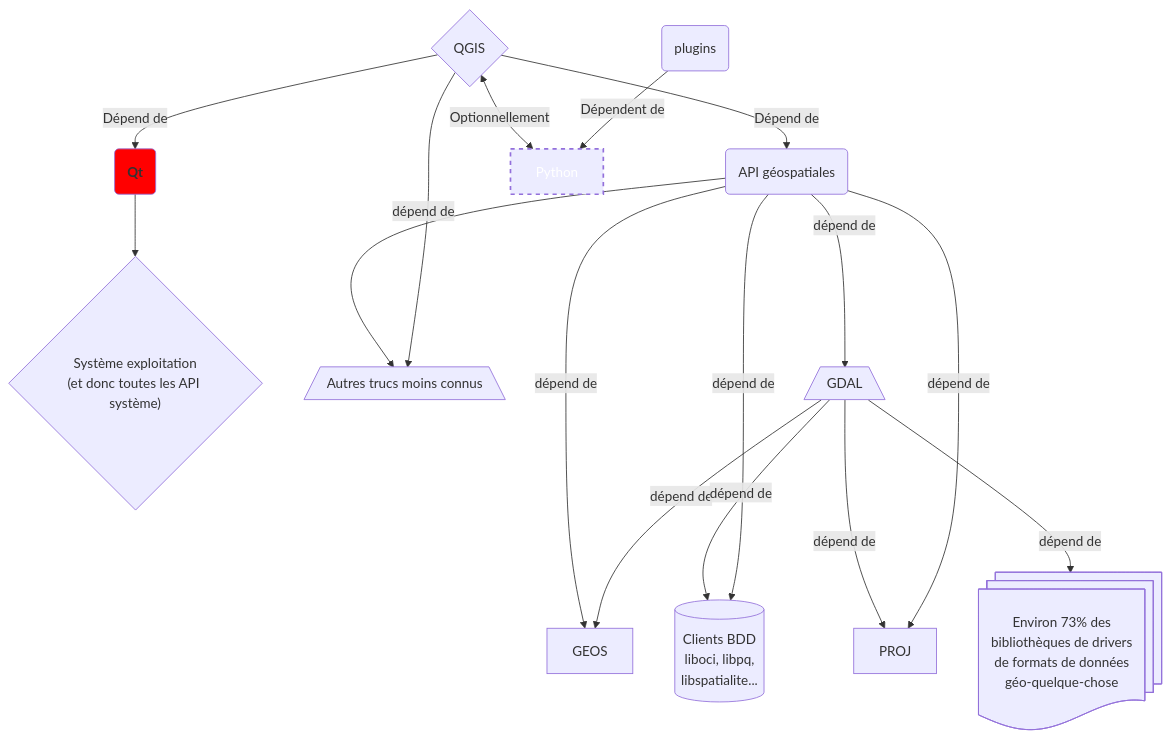
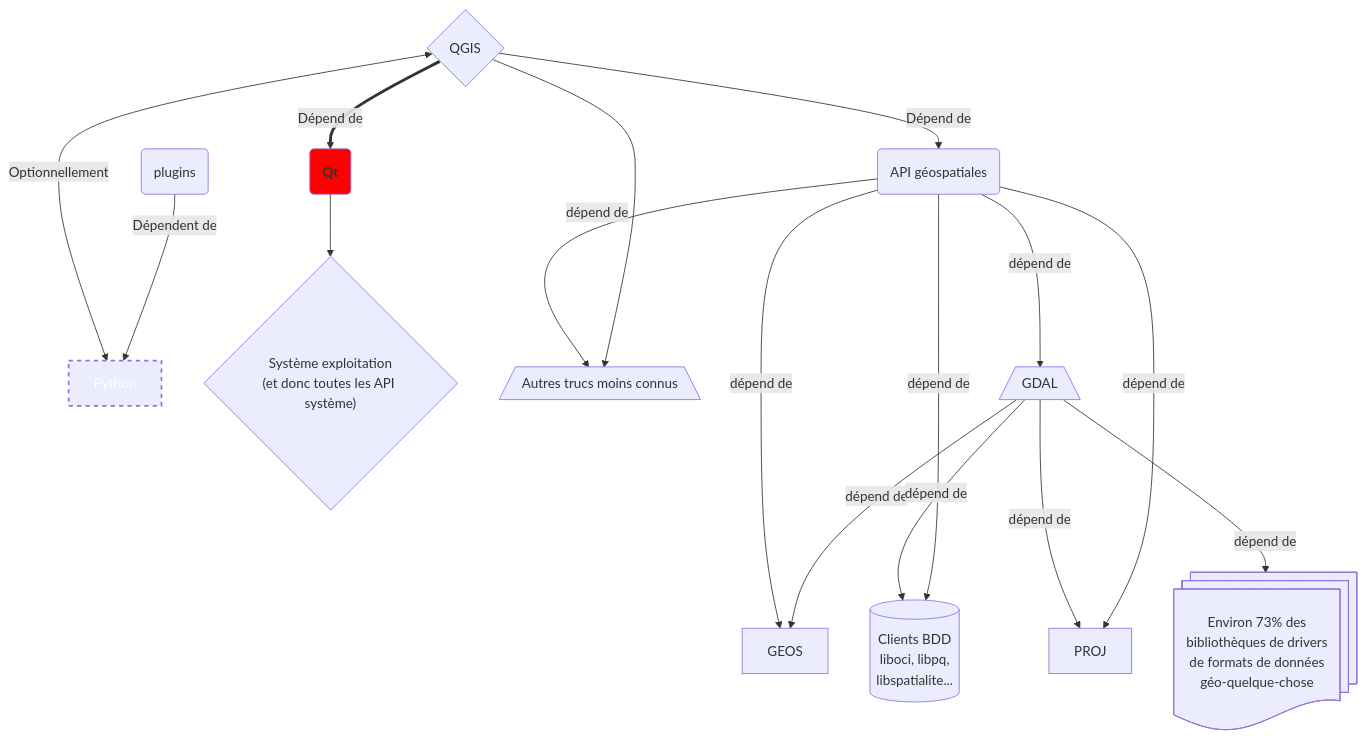
Before and after one commit to geotribu/website: the diagram in content/articles/2024/2024-10-29_tester-qgis-4-futur-sig-open-source.md, drawn with Mermaid.

Commit message:
update(article): ajustement schéma

````diff
--- a/content/articles/2024/2024-10-29_tester-qgis-4-futur-sig-open-source.md
+++ b/content/articles/2024/2024-10-29_tester-qgis-4-futur-sig-open-source.md
@@ -34,21 +34,21 @@
 ```mermaid
 flowchart TD
-    Q{QGIS} -->|Dépend de| B(Qt)
+    Q{QGIS} == Dépend de ==> B(Qt)
     Q -->|Dépend de| C(API géospatiales)
-    Q <-->|Optionnellement| P[Python]
+    Q <--->|Optionnellement| P[Python]
     M(plugins) -->|Dépendent de| P:::pointilles
     B:::blocimportant --> S{"Système exploitation<br/>(et donc toutes les API système)"}
     C -->|dépend de| E[GEOS]
     C -->|dépend de| T[/Autres trucs moins connus\]
     Q --> T
     C -->|dépend de| D[/GDAL\]
     D -->|dépend de| E
     D -->|dépend de| G
     D -->|dépend de| F
     D -->|dépend de| Z@{ shape: docs, label: "Environ 73% des <br/>bibliothèques de drivers <br/>de formats de données <br/>géo-quelque-chose"}
     C -->|dépend de| F[PROJ]
-    C --->|dépend de| G@{ shape: cyl, label: "Clients BDD<br/>liboci, libpq, <br/>libspatialite..." }
+    C -->|dépend de| G@{ shape: cyl, label: "Clients BDD<br/>liboci, libpq, <br/>libspatialite..." }
 
     classDef blocimportant fill:#ff0000,font-weight:bold
     classDef pointilles fill:stroke:#f66,stroke-width:2px,color:#fff,stroke-dasharray: 5 5
 ```
````
